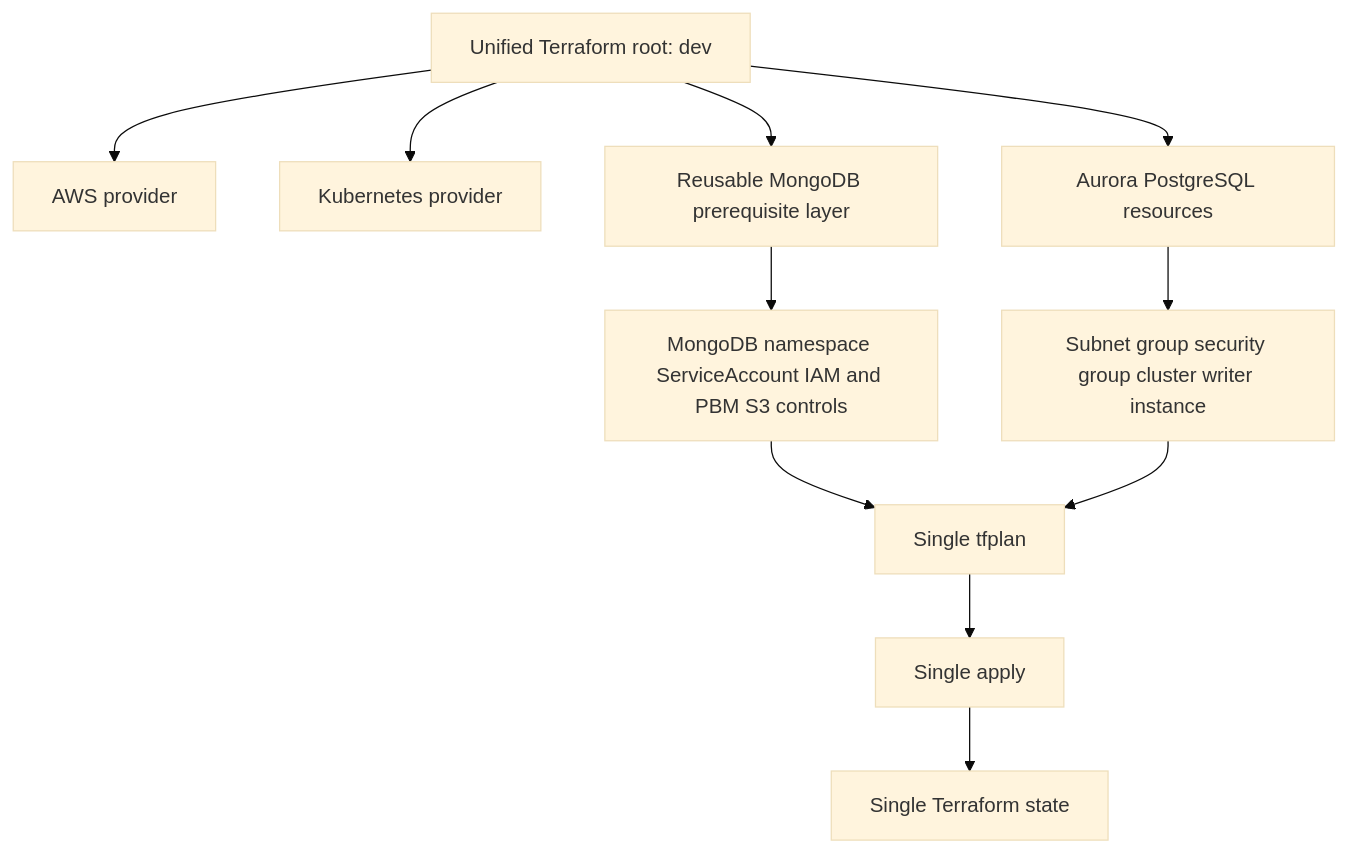
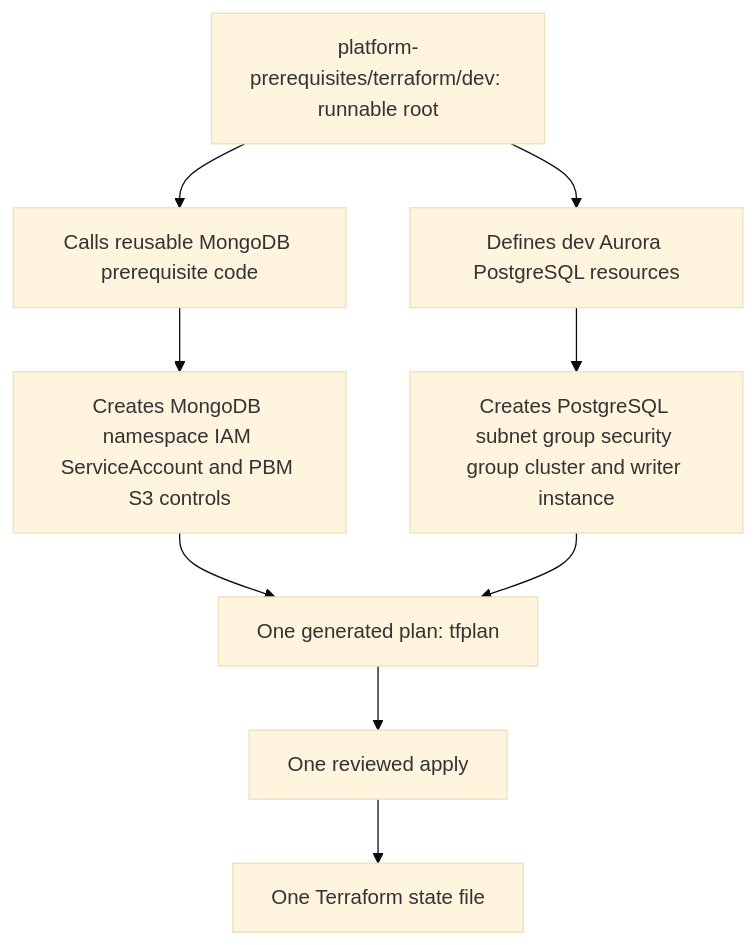
The third of 9 diagrams in platform-prerequisites/terraform/README.md (sml-global/mongodb), drawn with Mermaid (base theme) before and after one commit. The commit also changed other lines of this file and 2 other files, not shown here.

Commit message:
Rewrite Terraform docs around operator context

````diff
--- a/platform-prerequisites/terraform/README.md
+++ b/platform-prerequisites/terraform/README.md
@@ -260,13 +308,11 @@
 ```mermaid
 flowchart TD
-  A[Unified Terraform root: dev] --> B[AWS provider]
-  A --> C[Kubernetes provider]
-  A --> D[Reusable MongoDB prerequisite layer]
-  D --> E[MongoDB namespace ServiceAccount IAM and PBM S3 controls]
-  A --> F[Aurora PostgreSQL resources]
-  F --> G[Subnet group security group cluster writer instance]
-  E --> H[Single tfplan]
-  G --> H
-  H --> I[Single apply]
-  I --> J[Single Terraform state]
+  A[platform-prerequisites/terraform/dev: runnable root] --> B[Calls reusable MongoDB prerequisite code]
+  A --> C[Defines dev Aurora PostgreSQL resources]
+  B --> D[Creates MongoDB namespace IAM ServiceAccount and PBM S3 controls]
+  C --> E[Creates PostgreSQL subnet group security group cluster and writer instance]
+  D --> F[One generated plan: tfplan]
+  E --> F
+  F --> G[One reviewed apply]
+  G --> H[One Terraform state file]
 ```
````
